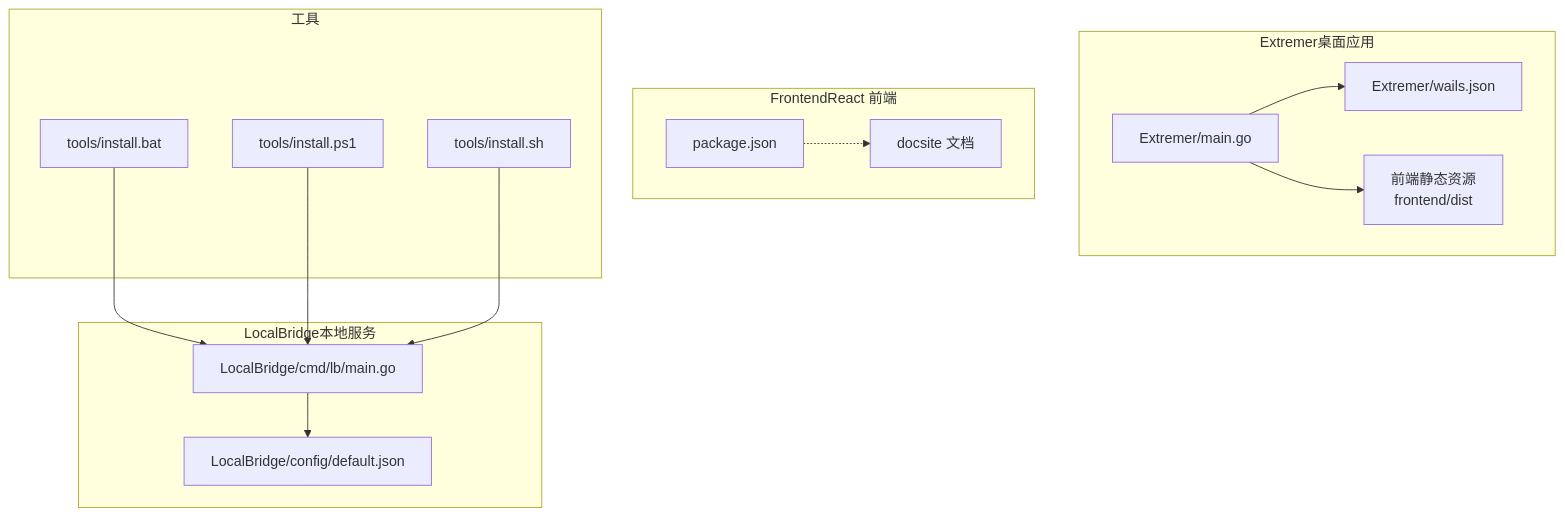
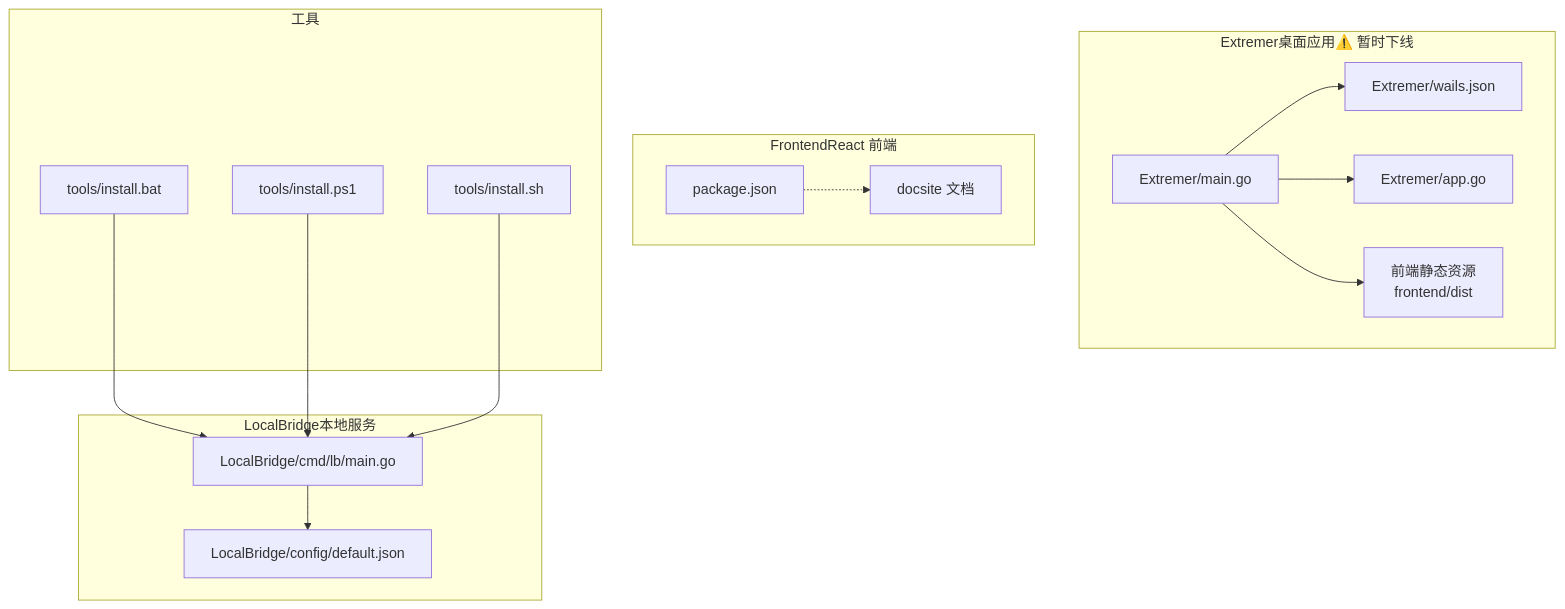
The first of 7 diagrams in .qoder/repowiki/zh/content/快速开始.md (kqcoxn/MaaPipelineEditor), drawn with Mermaid before and after one commit. The commit also changed other lines of this file and 42 other files, not shown here.

````diff
--- a/.qoder/repowiki/zh/content/快速开始.md
+++ b/.qoder/repowiki/zh/content/快速开始.md
@@ -49,28 +56,30 @@
 ```mermaid
 graph TB
-subgraph "Extremer桌面应用"
+subgraph "Extremer桌面应用⚠️ 暂时下线"
 E_main["Extremer/main.go"]
 E_cfg["Extremer/wails.json"]
+E_app["Extremer/app.go"]
 E_dist["前端静态资源<br/>frontend/dist"]
 end
 subgraph "LocalBridge本地服务"
 LB_main["LocalBridge/cmd/lb/main.go"]
 LB_cfg["LocalBridge/config/default.json"]
 end
 subgraph "FrontendReact 前端"
 FE_pkg["package.json"]
 FE_docs["docsite 文档"]
 end
 subgraph "工具"
 T_win["tools/install.bat"]
 T_ps["tools/install.ps1"]
 T_sh["tools/install.sh"]
 end
 E_main --> E_cfg
+E_main --> E_app
 E_main --> E_dist
 LB_main --> LB_cfg
 FE_pkg -.-> FE_docs
 T_win --> LB_main
 T_ps --> LB_main
 T_sh --> LB_main
 ```
````
